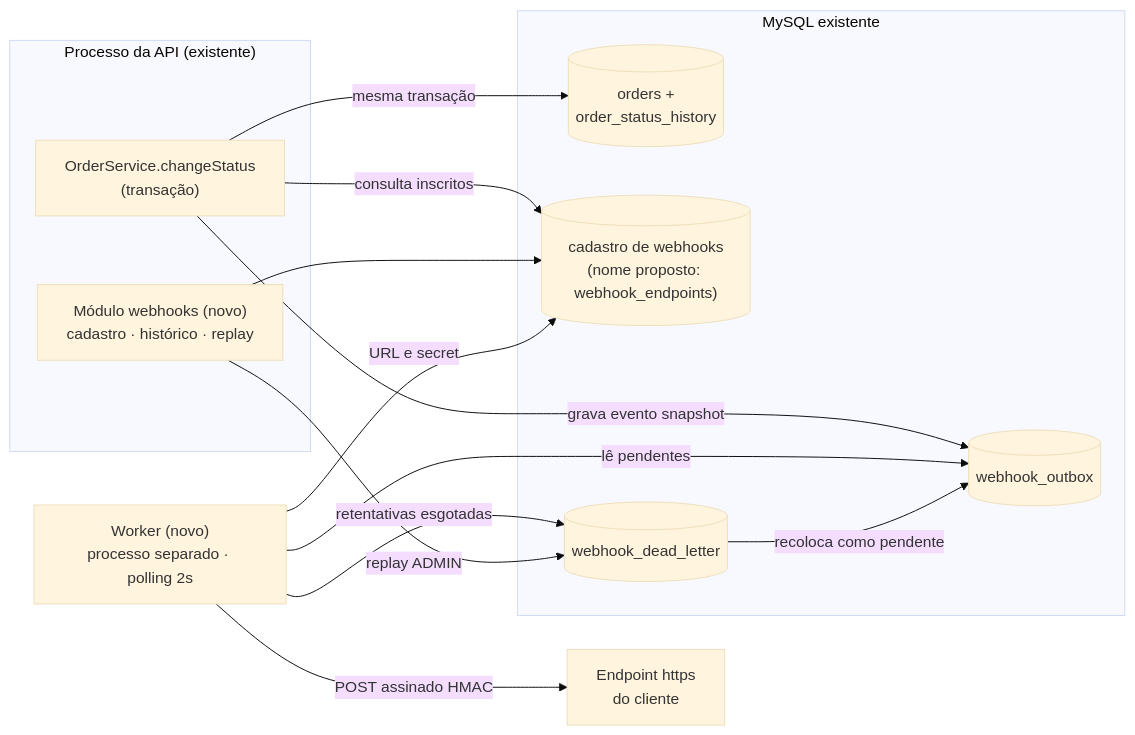
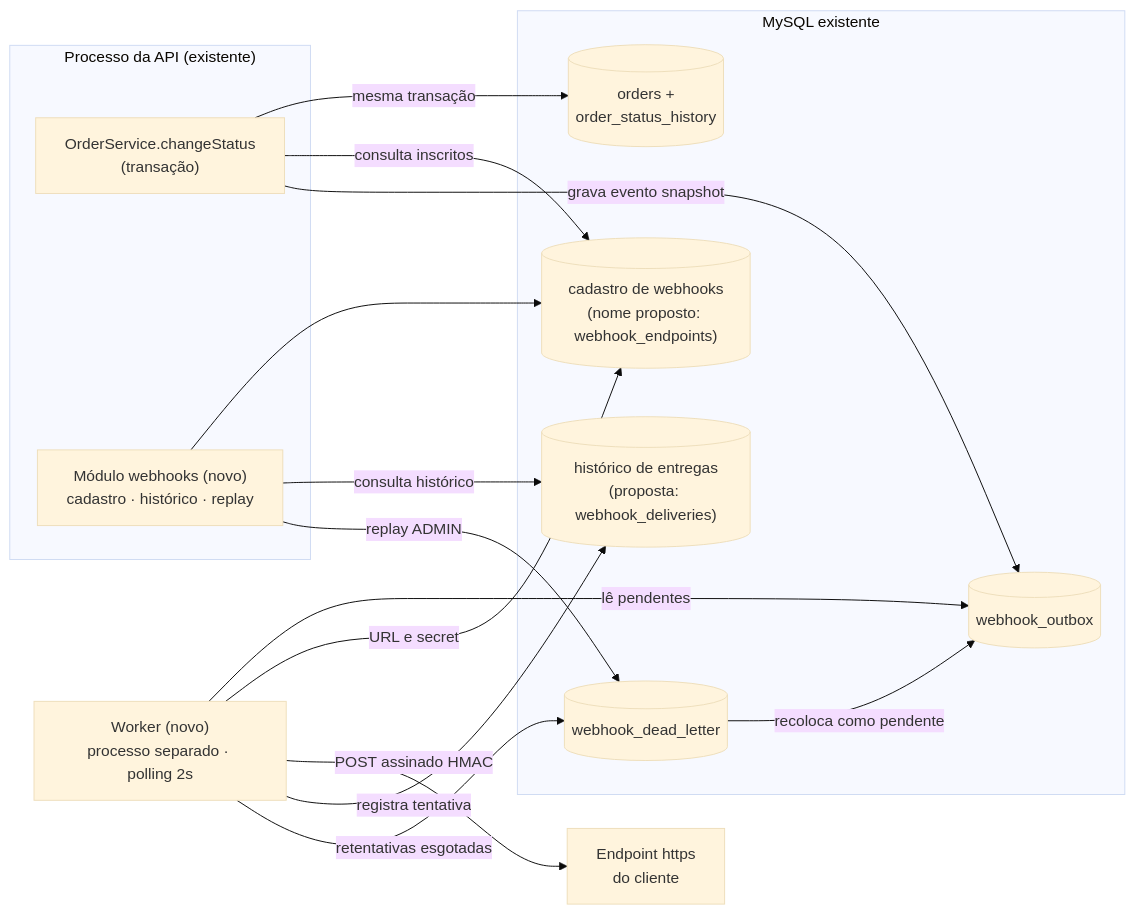
The diagram in docs/RFC.md (jeancsbnu/mba-ia-desafio-design-docs-com-ia), drawn with Mermaid (base theme) before and after one commit. The commit also changed other lines of this file and 12 other files, not shown here.

````diff
--- a/docs/RFC.md
+++ b/docs/RFC.md
@@ -40,25 +40,28 @@
 ```mermaid
 flowchart LR
   subgraph API["Processo da API (existente)"]
     OS["OrderService.changeStatus<br/>(transação)"]
     CFG["Módulo webhooks (novo)<br/>cadastro · histórico · replay"]
   end
   subgraph DB["MySQL existente"]
     O[("orders +<br/>order_status_history")]
     EP[("cadastro de webhooks<br/>(nome proposto: webhook_endpoints)")]
+    DV[("histórico de entregas<br/>(proposta: webhook_deliveries)")]
     OB[("webhook_outbox")]
     DL[("webhook_dead_letter")]
   end
   W["Worker (novo)<br/>processo separado · polling 2s"]
   C["Endpoint https<br/>do cliente"]
   OS -->|mesma transação| O
   OS -->|consulta inscritos| EP
   OS -->|grava evento snapshot| OB
   CFG --> EP
   W -->|lê pendentes| OB
   W -->|URL e secret| EP
   W -->|POST assinado HMAC| C
+  W -->|registra tentativa| DV
+  CFG -->|consulta histórico| DV
   W -->|retentativas esgotadas| DL
   CFG -->|replay ADMIN| DL
   DL -->|recoloca como pendente| OB
 ```
````
